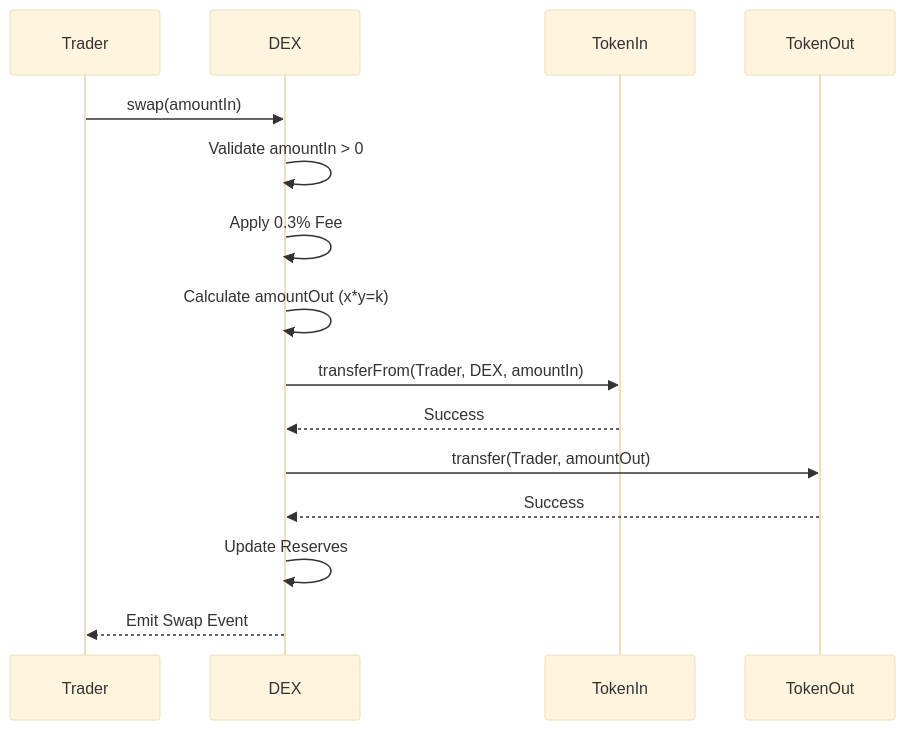
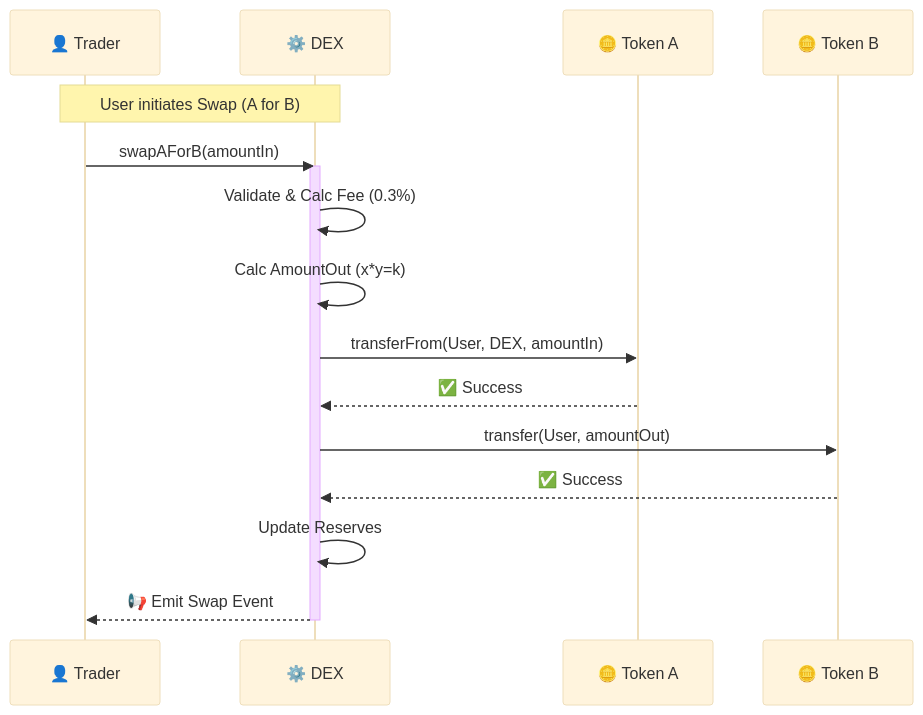
Before and after one commit to shahanth4444/dex-amm: the second of 2 diagrams in README.md, drawn with Mermaid (base theme). The commit also changed other lines of this file, not shown here.

````diff
--- a/README.md
+++ b/README.md
@@ -85,18 +76,20 @@
 ```mermaid
 sequenceDiagram
-    participant Trader
-    participant DEX
-    participant TokenIn
-    participant TokenOut
+    participant T as 👤 Trader
+    participant D as ⚙️ DEX
+    participant TA as 🪙 Token A
+    participant TB as 🪙 Token B
     
-    Trader->>DEX: swap(amountIn)
-    DEX->>DEX: Validate amountIn > 0
-    DEX->>DEX: Apply 0.3% Fee
-    DEX->>DEX: Calculate amountOut (x*y=k)
-    DEX->>TokenIn: transferFrom(Trader, DEX, amountIn)
-    TokenIn-->>DEX: Success
-    DEX->>TokenOut: transfer(Trader, amountOut)
-    TokenOut-->>DEX: Success
-    DEX->>DEX: Update Reserves
-    DEX-->>Trader: Emit Swap Event
+    Note over T, D: User initiates Swap (A for B)
+    T->>D: swapAForB(amountIn)
+    activate D
+    D->>D: Validate & Calc Fee (0.3%)
+    D->>D: Calc AmountOut (x*y=k)
+    D->>TA: transferFrom(User, DEX, amountIn)
+    TA-->>D: ✅ Success
+    D->>TB: transfer(User, amountOut)
+    TB-->>D: ✅ Success
+    D->>D: Update Reserves
+    D-->>T: 📢 Emit Swap Event
+    deactivate D
 ```
````
